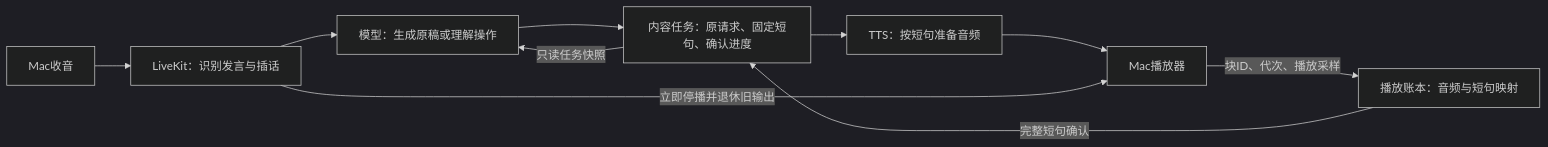
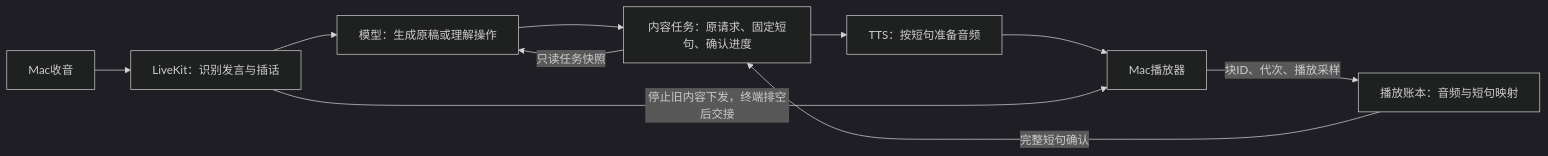
The diagram in docs/superpowers/specs/2026-10-24-story-reply-resume-design.md (chenyongming211-glitch/family-companion-robot), drawn with Mermaid (dark theme) before and after one commit. The commit also changed other lines of this file and 4 other files, not shown here.

````diff
--- a/docs/superpowers/specs/2026-10-24-story-reply-resume-design.md
+++ b/docs/superpowers/specs/2026-10-24-story-reply-resume-design.md
@@ -24,12 +28,12 @@
 ```mermaid
 flowchart LR
     U[Mac收音] --> V[LiveKit：识别发言与插话]
     V --> M[模型：生成原稿或理解操作]
     M --> T[内容任务：原请求、固定短句、确认进度]
     T --> A[TTS：按短句准备音频]
     A --> P[Mac播放器]
     P -->|块ID、代次、播放采样| B[播放账本：音频与短句映射]
     B -->|完整短句确认| T
     T -->|只读任务快照| M
-    V -->|立即停播并退休旧输出| P
+    V -->|停止旧内容下发，终端排空后交接| P
 ```
````
